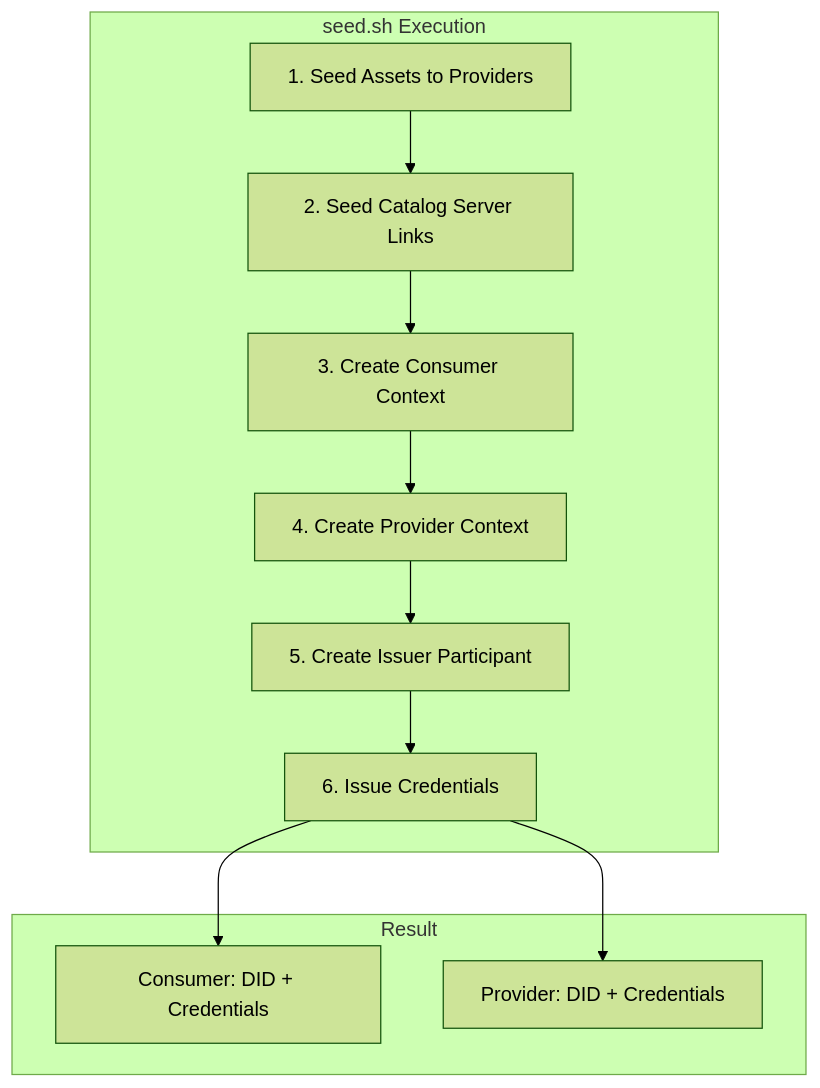
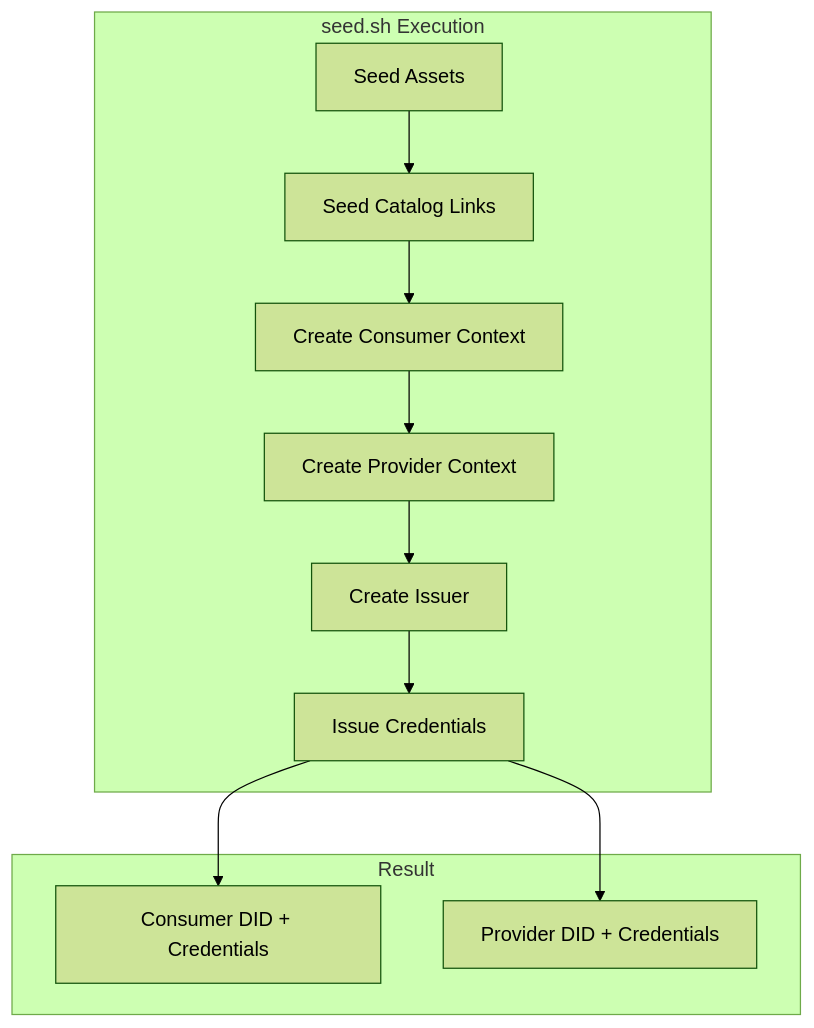
Before and after one commit to ma3u/MinimumViableDataspace: the sixth of 8 diagrams in AEROSPACE-DEMO-README.md, drawn with Mermaid (forest theme). The commit also changed other lines of this file, not shown here.

Commit message:
fix: Remove numbered list format from all Mermaid node labels

````diff
--- a/AEROSPACE-DEMO-README.md
+++ b/AEROSPACE-DEMO-README.md
@@ -408,21 +408,21 @@
 ```mermaid
 flowchart TB
     subgraph Seed["seed.sh Execution"]
-        S1["1. Seed Assets to Providers"]
-        S2["2. Seed Catalog Server Links"]
-        S3["3. Create Consumer Context"]
-        S4["4. Create Provider Context"]
-        S5["5. Create Issuer Participant"]
-        S6["6. Issue Credentials"]
+        S1[Seed Assets]
+        S2[Seed Catalog Links]
+        S3[Create Consumer Context]
+        S4[Create Provider Context]
+        S5[Create Issuer]
+        S6[Issue Credentials]
     end
     
     S1 --> S2 --> S3 --> S4 --> S5 --> S6
     
     subgraph Result["Result"]
-        R1["Consumer: DID + Credentials"]
-        R2["Provider: DID + Credentials"]
+        R1[Consumer DID + Credentials]
+        R2[Provider DID + Credentials]
     end
     
     S6 --> R1
     S6 --> R2
 ```
````
